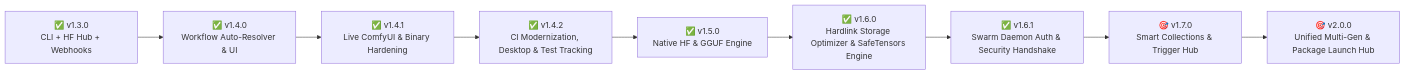
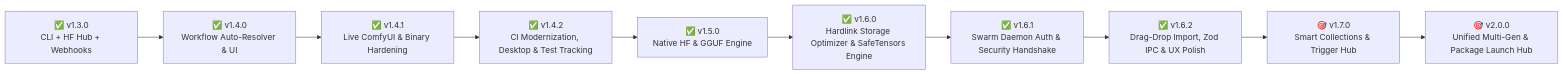
The diagram in docs/ROADMAP.md (DevNullInc/RenegadeCMM), drawn with Mermaid before and after one commit. The commit also changed other lines of this file and 17 other files, not shown here.

First line of the commit message:
fix the drag-drop that never worked, validate the IPC that never was

````diff
--- a/docs/ROADMAP.md
+++ b/docs/ROADMAP.md
@@ -9,11 +9,12 @@
 ```mermaid
 graph LR
     v13["✅ v1.3.0<br/>CLI + HF Hub + Webhooks"] --> v14["✅ v1.4.0<br/>Workflow Auto-Resolver & UI"]
     v14 --> v141["✅ v1.4.1<br/>Live ComfyUI & Binary Hardening"]
     v141 --> v142["✅ v1.4.2<br/>CI Modernization, Desktop & Test Tracking"]
     v142 --> v15["✅ v1.5.0<br/>Native HF & GGUF Engine"]
     v15 --> v16["✅ v1.6.0<br/>Hardlink Storage Optimizer & SafeTensors Engine"]
     v16 --> v161["✅ v1.6.1<br/>Swarm Daemon Auth & Security Handshake"]
-    v161 --> v17["🎯 v1.7.0<br/>Smart Collections & Trigger Hub"]
+    v161 --> v162["✅ v1.6.2<br/>Drag-Drop Import, Zod IPC & UX Polish"]
+    v162 --> v17["🎯 v1.7.0<br/>Smart Collections & Trigger Hub"]
     v17 --> v20["🎯 v2.0.0<br/>Unified Multi-Gen & Package Launch Hub"]
 ```
````
